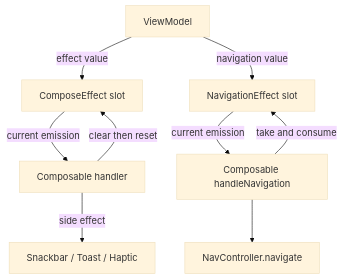
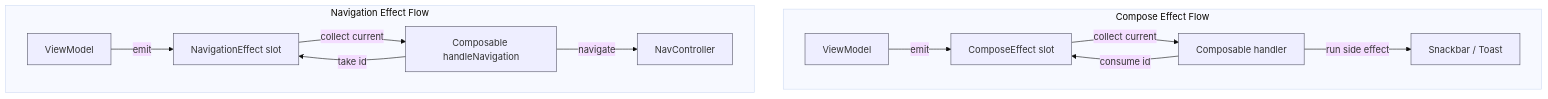
The first of 3 diagrams in _posts/2026/02/2026-02-17-viewmodel-single-event.md (kez-lab/kez-lab.github.io), drawn with Mermaid (base theme) before and after one commit.

Commit message:
feat: improve 4.1 mermaid UX with compact grouped flowchart

````diff
--- a/_posts/2026/02/2026-02-17-viewmodel-single-event.md
+++ b/_posts/2026/02/2026-02-17-viewmodel-single-event.md
@@ -104,18 +104,29 @@
 ```mermaid
 flowchart TD
-  VM[ViewModel]
-  CE[ComposeEffect slot]
-  UI1[Composable handler]
-  SIDE1[Snackbar / Toast / Haptic]
-  VM -->|effect value| CE
-  CE -->|current emission| UI1
-  UI1 -->|side effect| SIDE1
-  UI1 -->|clear then reset| CE
-  NE[NavigationEffect slot]
-  UI2[Composable handleNavigation]
-  SIDE2[NavController.navigate]
-  VM -->|navigation value| NE
-  NE -->|current emission| UI2
-  UI2 -->|take and consume| NE
-  UI2 --> SIDE2
+  subgraph C[Compose Effect Flow]
+    CE_VM[ViewModel]
+    CE_SLOT[ComposeEffect slot]
+    CE_UI[Composable handler]
+    CE_UX[Snackbar / Toast]
+  end
+
+  subgraph N[Navigation Effect Flow]
+    NAV_VM[ViewModel]
+    NAV_SLOT[NavigationEffect slot]
+    NAV_UI[Composable handleNavigation]
+    NAV_UX[NavController]
+  end
+
+  CE_VM -->|emit| CE_SLOT
+  CE_SLOT -->|collect current| CE_UI
+  CE_UI -->|run side effect| CE_UX
+  CE_UI -->|consume id| CE_SLOT
+
+  NAV_VM -->|emit| NAV_SLOT
+  NAV_SLOT -->|collect current| NAV_UI
+  NAV_UI -->|take id| NAV_SLOT
+  NAV_UI -->|navigate| NAV_UX
+
+  classDef box fill:#eef,stroke:#556,stroke-width:1px
+  class CE_VM,CE_SLOT,CE_UI,CE_UX,NAV_VM,NAV_SLOT,NAV_UI,NAV_UX box
 ```
````
